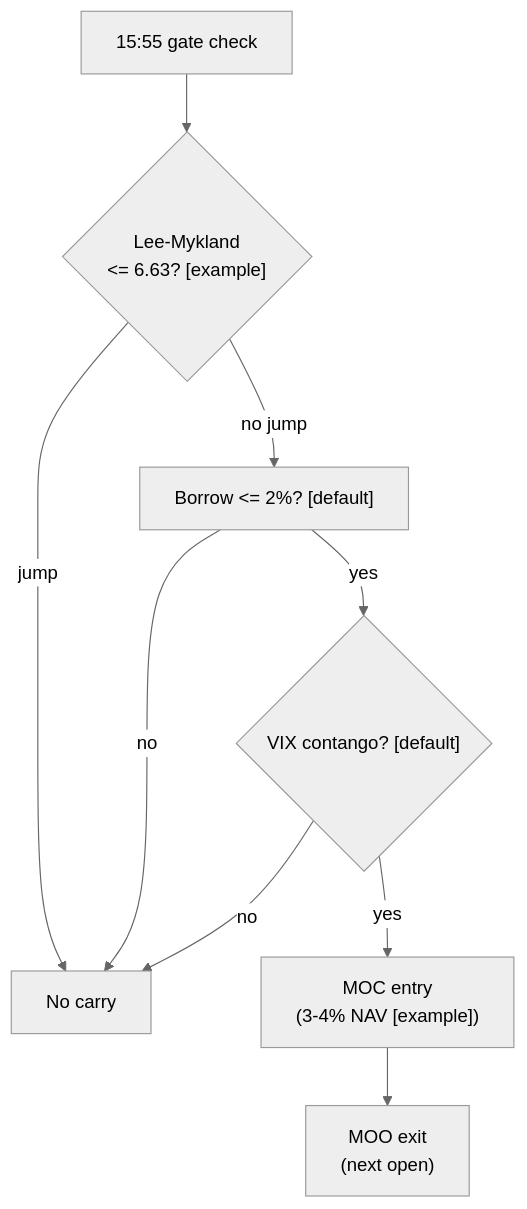
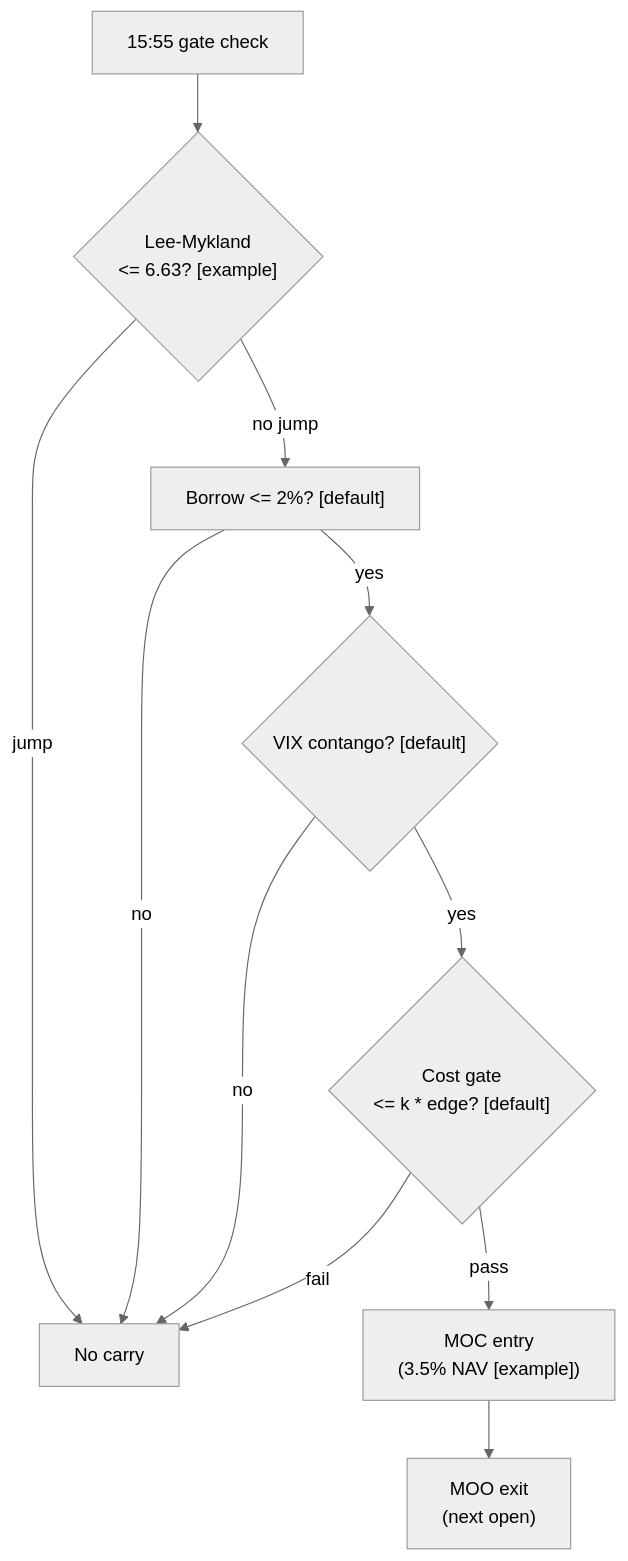
One commit to praveenguptahcl/quant-signals-deep changed the diagram in modules/strategies/T090.md. Above: the diagram before and after it, drawn with Mermaid (neutral theme). The commit also changed other lines of this file and 275 other files, not shown here.

````diff
--- a/modules/strategies/T090.md
+++ b/modules/strategies/T090.md
@@ -523,11 +769,13 @@
 ```mermaid
 flowchart TD
-    GATE["15:55 gate check"] --> LM{"Lee-Mykland\n<= 6.63? [example]"} 
+    GATE["15:55 gate check"] --> LM{"Lee-Mykland\n<= 6.63? [example]"}
     LM -->|no jump| BORR["Borrow <= 2%? [default]"]
     LM -->|jump| DROP["No carry"]
     BORR -->|yes| VIX{"VIX contango? [default]"}
     BORR -->|no| DROP
-    VIX -->|yes| MOC["MOC entry\n(3-4% NAV [example])"]
+    VIX -->|yes| COST{"Cost gate\n<= k * edge? [default]"}
     VIX -->|no| DROP
+    COST -->|pass| MOC["MOC entry\n(3.5% NAV [example])"]
+    COST -->|fail| DROP
     MOC --> MOO["MOO exit\n(next open)"]
 ```
````
